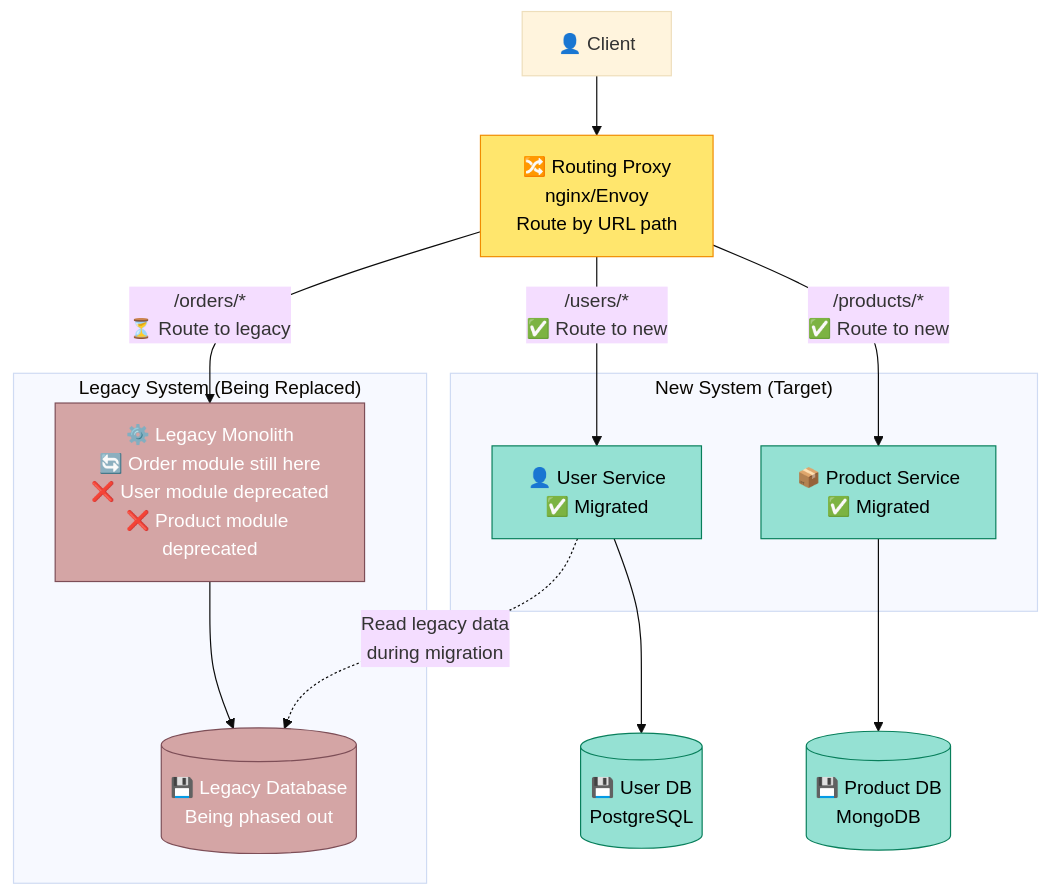
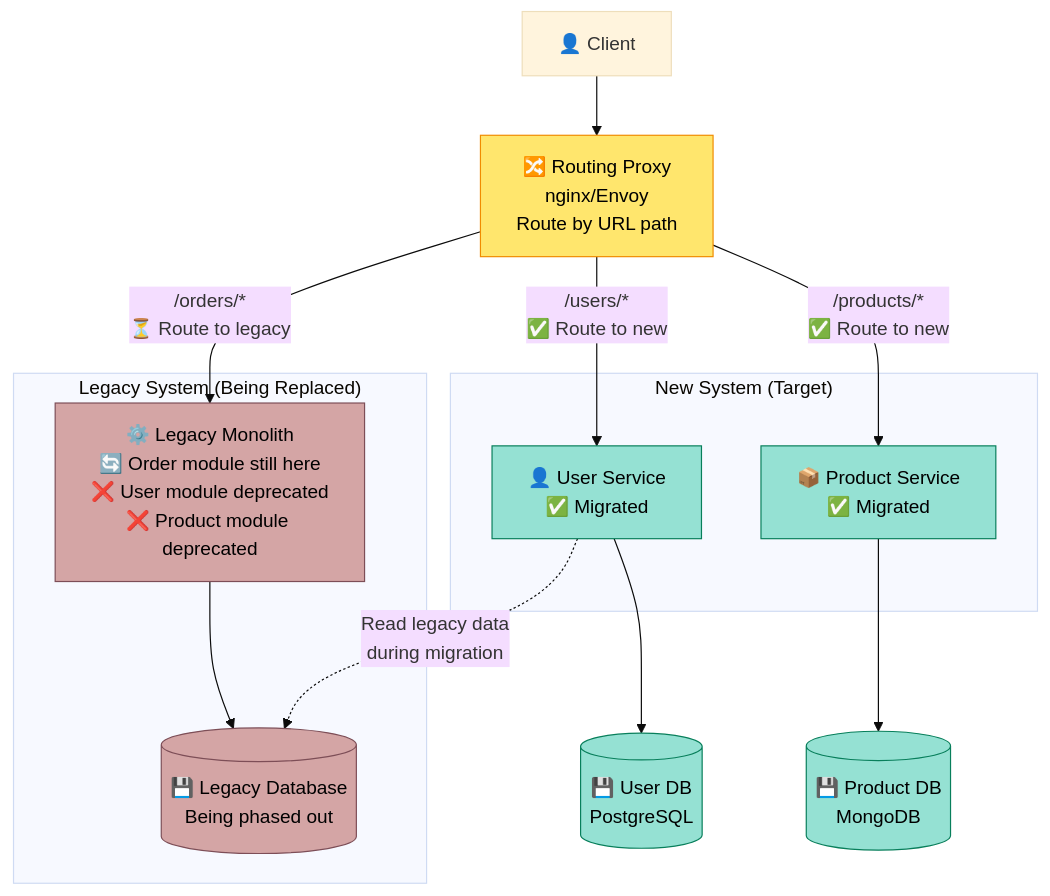
Diagram 15 of 15 in .agents/skills/mermaid-architect/references/guides/diagrams/architecture-diagrams.md (wienans/example-repo), drawn with Mermaid (base theme) before and after one commit. The commit also changed other lines of this file and 58 other files, not shown here.

First line of the commit message:
feat(skills): merge mastery-of-mermaid into mermaid-architect

````diff
--- a/.agents/skills/mermaid-architect/references/guides/diagrams/architecture-diagrams.md
+++ b/.agents/skills/mermaid-architect/references/guides/diagrams/architecture-diagrams.md
@@ -930,39 +930,39 @@
 ```mermaid
 graph TB
     Client[👤 Client]
 
     Proxy[🔀 Routing Proxy<br/>nginx/Envoy<br/>Route by URL path]
 
     subgraph "New System (Target)"
         NewUserService[👤 User Service<br/>✅ Migrated]
         NewProductService[📦 Product Service<br/>✅ Migrated]
     end
 
     subgraph "Legacy System (Being Replaced)"
         LegacyApp[⚙️ Legacy Monolith<br/>🔄 Order module still here<br/>❌ User module deprecated<br/>❌ Product module deprecated]
         LegacyDB[(💾 Legacy Database<br/>Being phased out)]
     end
 
     NewUserDB[(💾 User DB<br/>PostgreSQL)]
     NewProductDB[(💾 Product DB<br/>MongoDB)]
 
     Client --> Proxy
 
     Proxy -->|/users/*<br/>✅ Route to new| NewUserService
     Proxy -->|/products/*<br/>✅ Route to new| NewProductService
     Proxy -->|/orders/*<br/>⏳ Route to legacy| LegacyApp
 
     NewUserService --> NewUserDB
     NewProductService --> NewProductDB
     LegacyApp --> LegacyDB
 
     NewUserService -.->|Read legacy data<br/>during migration| LegacyDB
 
     classDef new fill:#95E1D3,stroke:#087F5B,color:#000
-    classDef legacy fill:#D4A5A5,stroke:#7D4E57,color:#fff
+    classDef legacy fill:#D4A5A5,stroke:#7D4E57,color:#000
     classDef proxy fill:#FFE66D,stroke:#F08C00,color:#000
 
     class NewUserService,NewProductService,NewUserDB,NewProductDB new
     class LegacyApp,LegacyDB legacy
     class Proxy proxy
 ```
````
